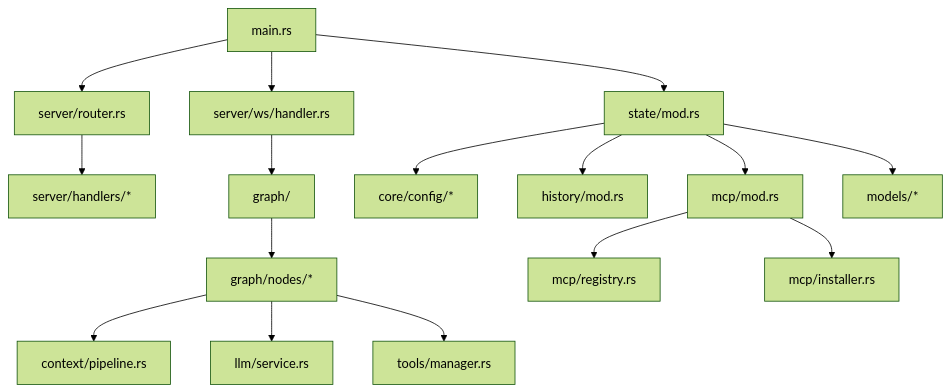
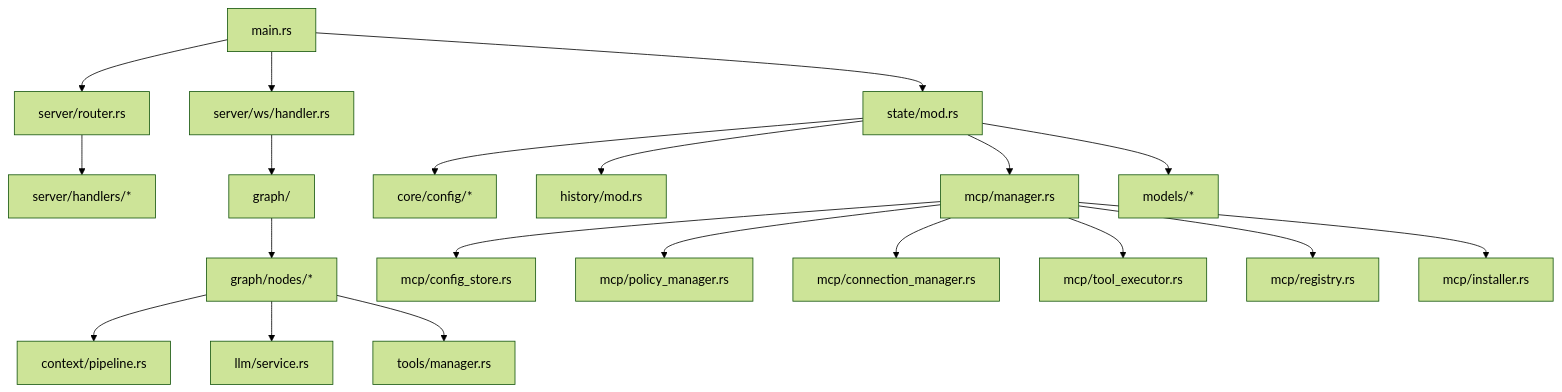
One commit to coco4atJP/Tepora-alpha changed the second of 10 diagrams in docs/architecture/ARCHITECTURE.md. Above: the diagram before and after it, drawn with Mermaid (forest theme). The commit also changed other lines of this file and 20 other files, not shown here.

Commit message:
refactor: split mcp manager responsibilities

````diff
--- a/docs/architecture/ARCHITECTURE.md
+++ b/docs/architecture/ARCHITECTURE.md
@@ -94,22 +94,26 @@
 ```mermaid
 graph TD
     Main[main.rs] --> Router[server/router.rs]
     Main --> WS[server/ws/handler.rs]
     Main --> State[state/mod.rs]
 
     Router --> Handlers[server/handlers/*]
     WS --> Graph[graph/]
 
     Graph --> Nodes[graph/nodes/*]
     Nodes --> Pipeline[context/pipeline.rs]
     Nodes --> LLM[llm/service.rs]
     Nodes --> Tools[tools/manager.rs]
 
     State --> Config[core/config/*]
     State --> History[history/mod.rs]
-    State --> MCP[mcp/mod.rs]
+    State --> MCP[mcp/manager.rs]
     State --> Models[models/*]
 
+    MCP --> McpConfig[mcp/config_store.rs]
+    MCP --> McpPolicy[mcp/policy_manager.rs]
+    MCP --> McpConnection[mcp/connection_manager.rs]
+    MCP --> McpTools[mcp/tool_executor.rs]
     MCP --> McpRegistry[mcp/registry.rs]
     MCP --> McpInstaller[mcp/installer.rs]
 ```
````
